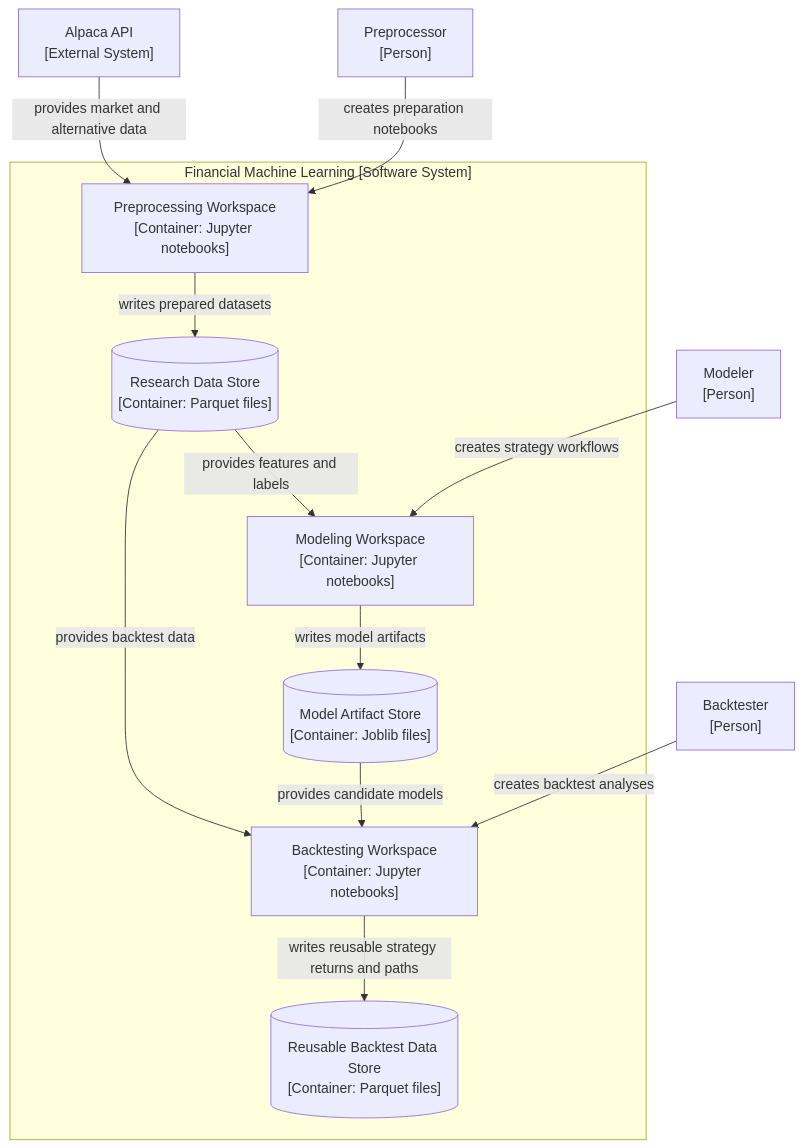
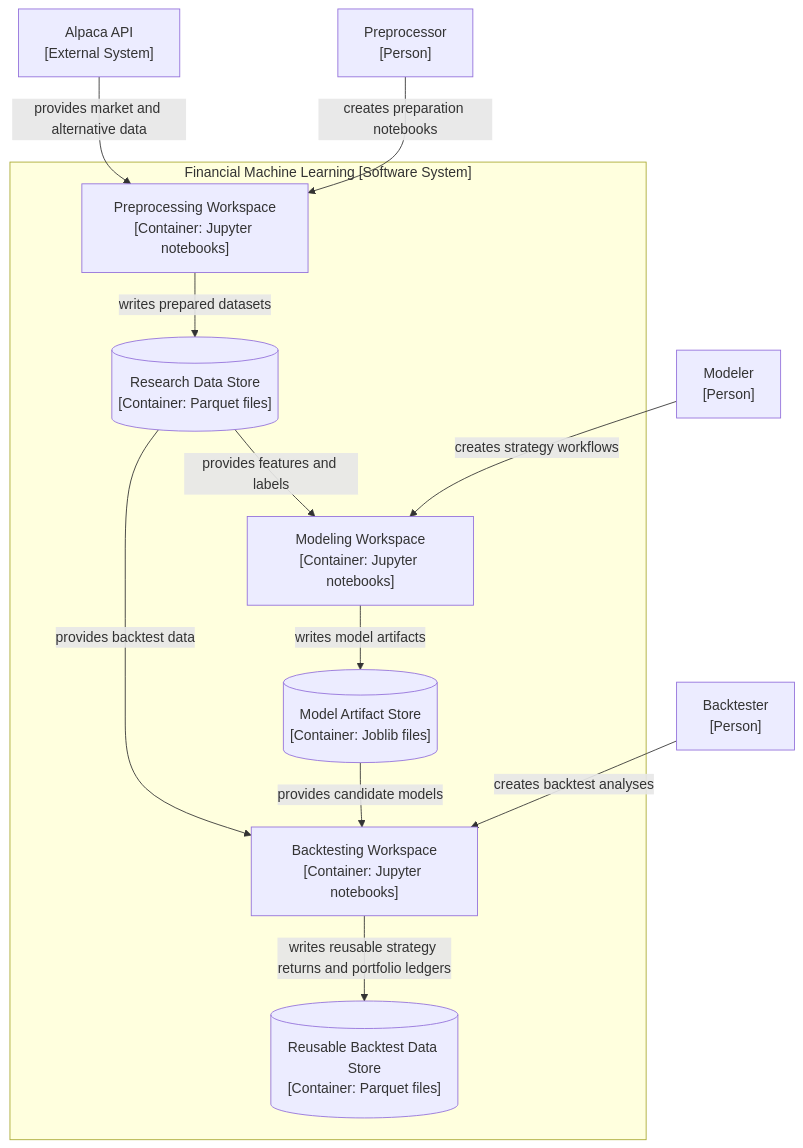
Before and after one commit to kwonjunhyuk9/financial-machine-learning: the second of 3 diagrams in docs/architecture.md, drawn with Mermaid. The commit also changed other lines of this file and 9 other files, not shown here.

Commit message:
Removed synthetic backtesting workflow and finalized portfolio backtesting documentation

````diff
--- a/docs/architecture.md
+++ b/docs/architecture.md
@@ -37,27 +37,27 @@
 ```mermaid
 flowchart TD
     dp_user["Preprocessor<br/>[Person]"]
     sm_user["Modeler<br/>[Person]"]
     mb_user["Backtester<br/>[Person]"]
     alpaca["Alpaca API<br/>[External System]"]
 
     subgraph system["Financial Machine Learning [Software System]"]
         preprocessing_workspace["Preprocessing Workspace<br/>[Container: Jupyter notebooks]"]
         data_store[("Research Data Store<br/>[Container: Parquet files]")]
         modeling_workspace["Modeling Workspace<br/>[Container: Jupyter notebooks]"]
         model_store[("Model Artifact Store<br/>[Container: Joblib files]")]
         backtesting_workspace["Backtesting Workspace<br/>[Container: Jupyter notebooks]"]
         result_store[("Reusable Backtest Data Store<br/>[Container: Parquet files]")]
     end
 
     dp_user -->|" creates preparation notebooks "| preprocessing_workspace
     sm_user -->|" creates strategy workflows "| modeling_workspace
     mb_user -->|" creates backtest analyses "| backtesting_workspace
     alpaca -->|" provides market and alternative data "| preprocessing_workspace
     preprocessing_workspace -->|" writes prepared datasets "| data_store
     data_store -->|" provides features and labels "| modeling_workspace
     modeling_workspace -->|" writes model artifacts "| model_store
     data_store -->|" provides backtest data "| backtesting_workspace
     model_store -->|" provides candidate models "| backtesting_workspace
-    backtesting_workspace -->|" writes reusable strategy returns and paths "| result_store
+    backtesting_workspace -->|" writes reusable strategy returns and portfolio ledgers "| result_store
 ```
````
